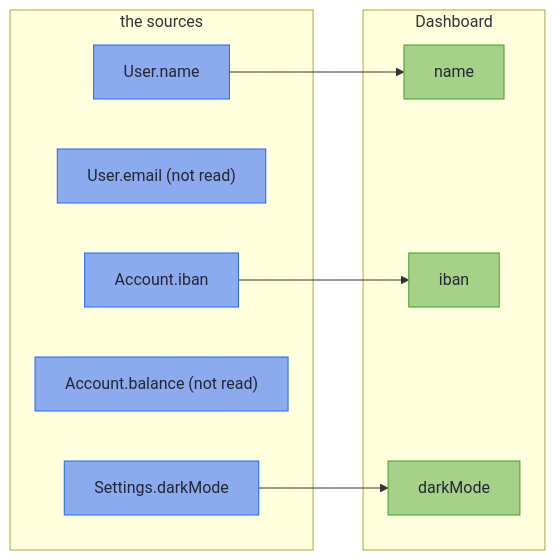
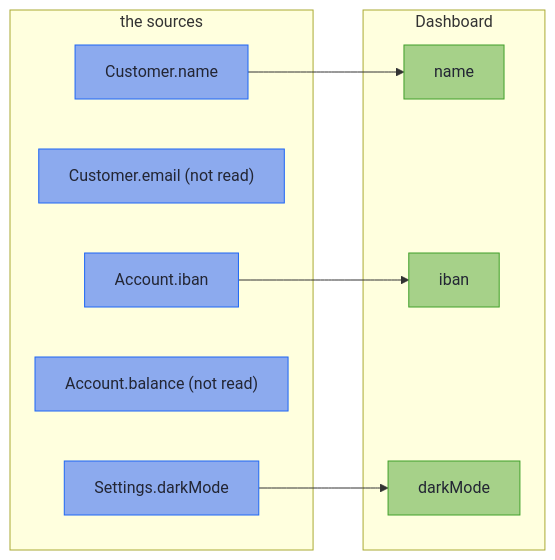
Before and after one commit to higher-kinded-j/higher-kinded-j: the diagram in hkj-book/src/mapping/merge_envelopes.md, drawn with Mermaid. The commit also changed other lines of this file and 21 other files, not shown here.

````diff
--- a/hkj-book/src/mapping/merge_envelopes.md
+++ b/hkj-book/src/mapping/merge_envelopes.md
@@ -26,25 +26,25 @@
 ```mermaid
 flowchart LR
     accTitle: How a merge fills
-    accDescr: Dashboard's name fills from User's name, its iban from Account's iban, and its darkMode from Settings' darkMode. User's email and Account's balance are not read.
+    accDescr: Dashboard's name fills from Customer's name, its iban from Account's iban, and its darkMode from Settings' darkMode. Customer's email and Account's balance are not read.
     subgraph S["the sources"]
-        UN["User.name"]
-        UE["User.email (not read)"]
+        CN["Customer.name"]
+        CE["Customer.email (not read)"]
         AI["Account.iban"]
         AB["Account.balance (not read)"]
         SD["Settings.darkMode"]
     end
     subgraph T["Dashboard"]
         TN["name"]
         TI["iban"]
         TD["darkMode"]
     end
-    UN --> TN
+    CN --> TN
     AI --> TI
     SD --> TD
 
     classDef wire fill:#8caaee,stroke:#1e66f5,color:#232634
     classDef domain fill:#a6d189,stroke:#40a02b,color:#232634
-    class UN,UE,AI,AB,SD wire
+    class CN,CE,AI,AB,SD wire
     class TN,TI,TD domain
 ```
````
